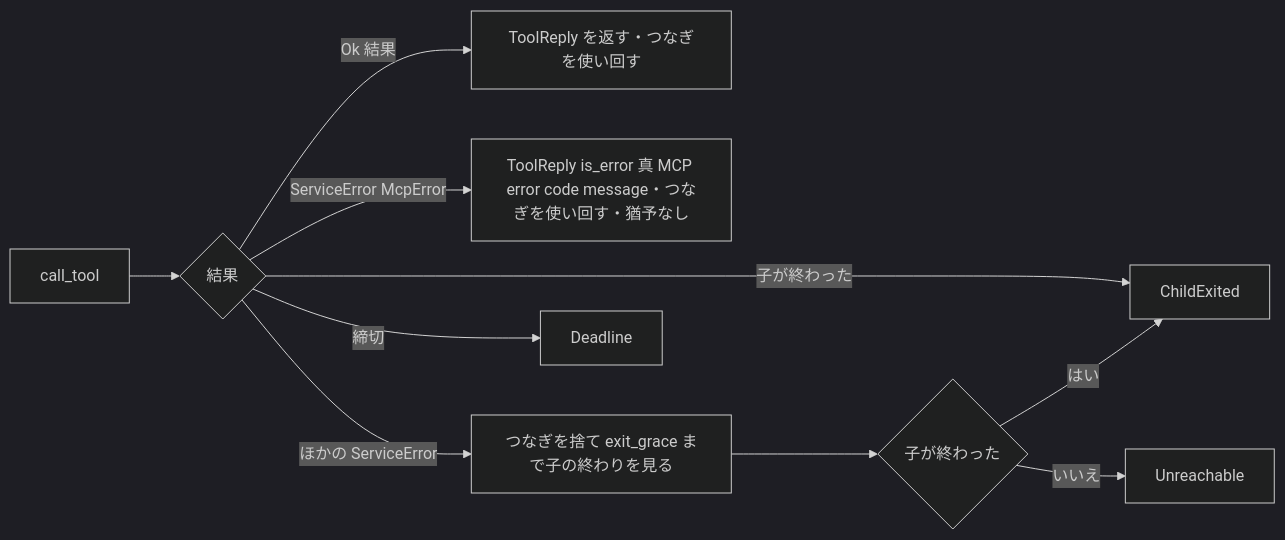
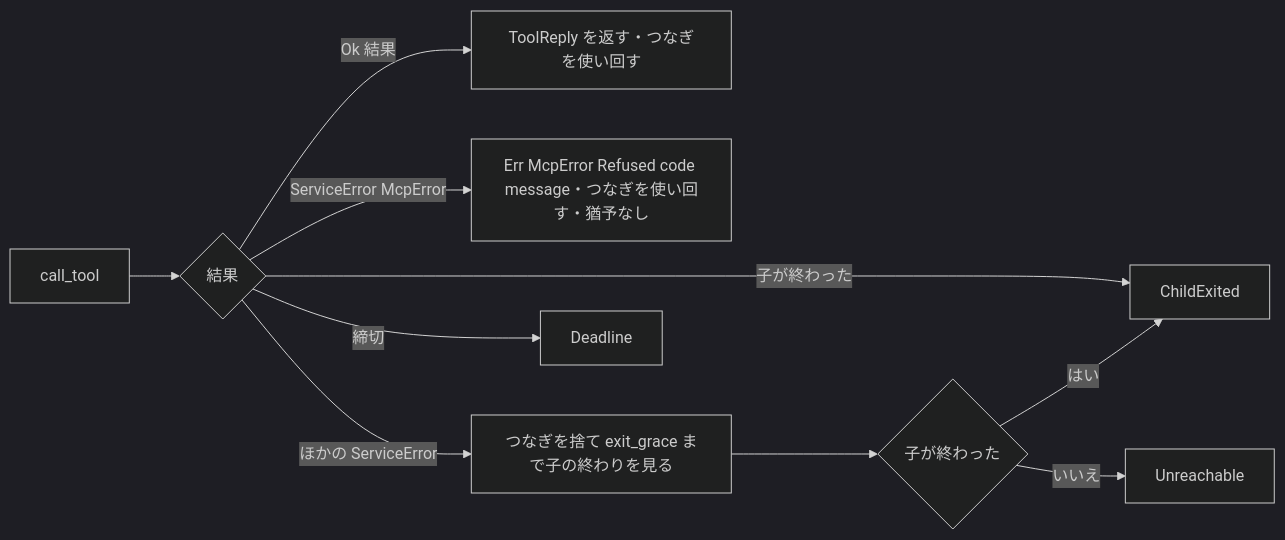
One commit to ekicyou/areka changed the third of 3 diagrams in .kiro/specs/audit-test-kits/design.md. Above: the diagram before and after it, drawn with Mermaid (dark theme). The commit also changed other lines of this file and 1 other file, not shown here.

````diff
--- a/.kiro/specs/audit-test-kits/design.md
+++ b/.kiro/specs/audit-test-kits/design.md
@@ -237,12 +237,12 @@
 ```mermaid
 flowchart LR
     Call[call_tool] --> R{結果}
     R -- Ok 結果 --> Reply[ToolReply を返す・つなぎを使い回す]
-    R -- ServiceError McpError --> Refused[ToolReply is_error 真 MCP error code message・つなぎを使い回す・猶予なし]
+    R -- ServiceError McpError --> Refused[Err McpError Refused code message・つなぎを使い回す・猶予なし]
     R -- ほかの ServiceError --> T[つなぎを捨て exit_grace まで子の終わりを見る]
     T --> X{子が終わった}
     X -- はい --> CE[ChildExited]
     X -- いいえ --> UR[Unreachable]
     R -- 締切 --> DL[Deadline]
     R -- 子が終わった --> CE
 ```
````
